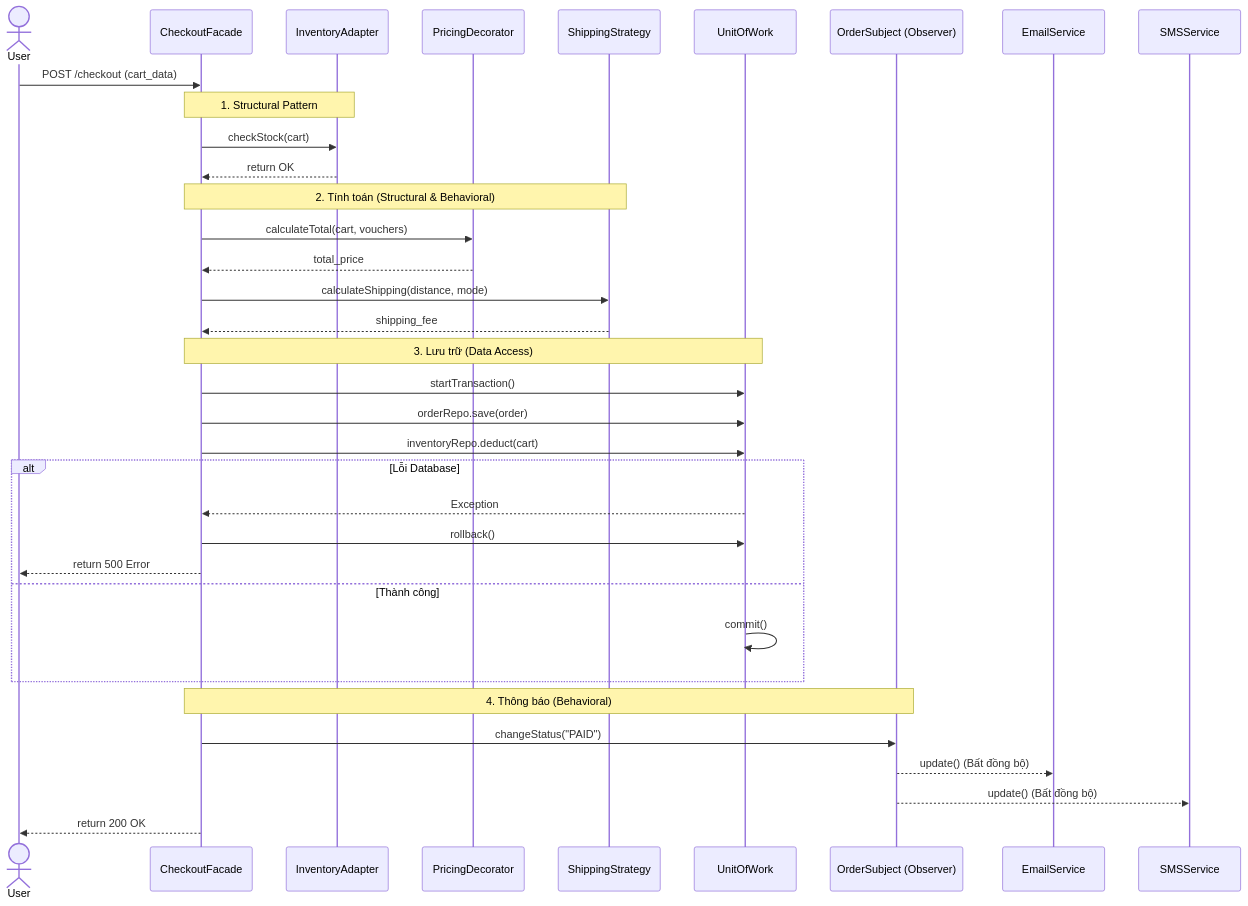
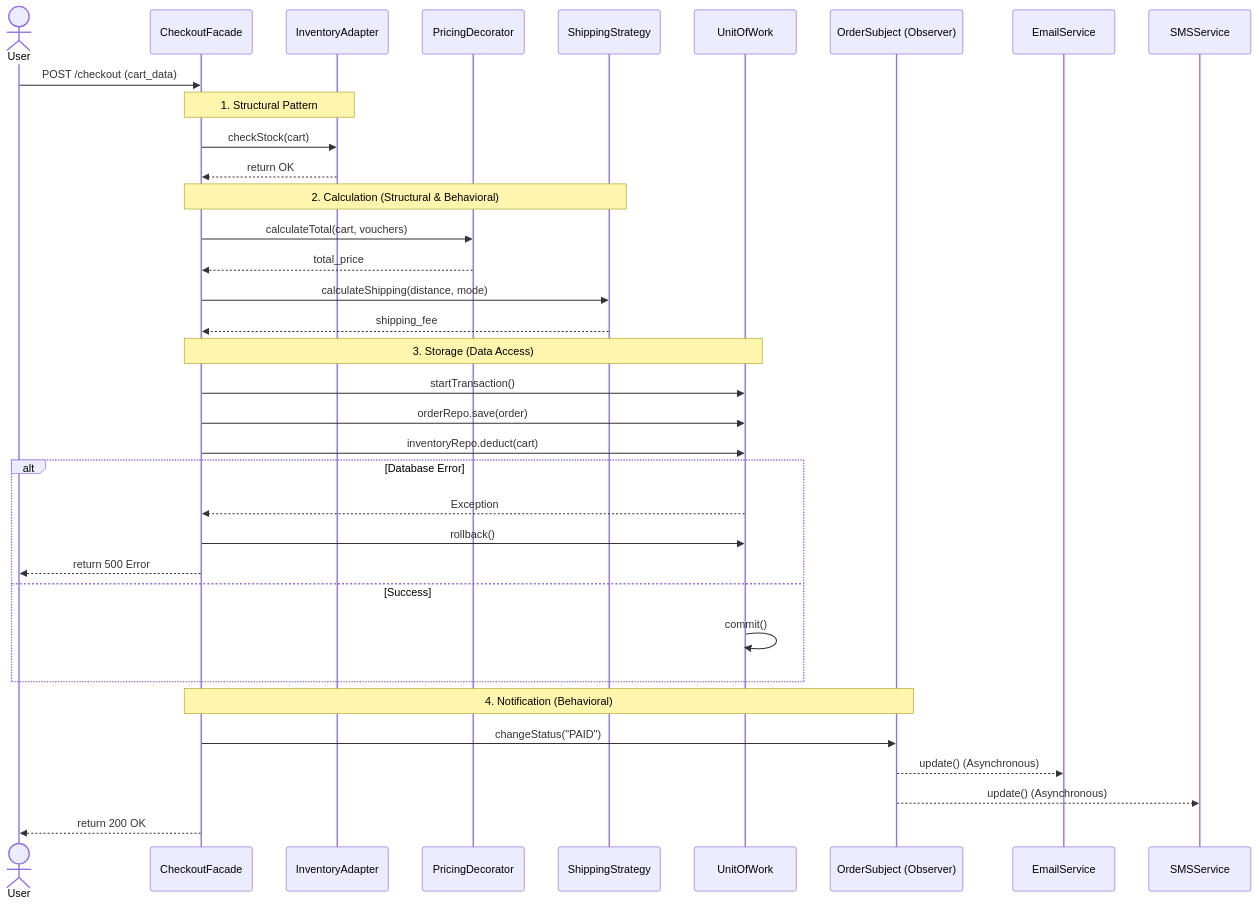
Before and after one commit to ga2631/ga2631.github.io: the diagram in src/data/blog/en/90-2026-09-17-design-pattern-16-2-design-patterns-series-finale-architecture.md, drawn with Mermaid. The commit also changed other lines of this file and 74 other files, not shown here.

````diff
--- a/src/data/blog/en/90-2026-09-17-design-pattern-16-2-design-patterns-series-finale-architecture.md
+++ b/src/data/blog/en/90-2026-09-17-design-pattern-16-2-design-patterns-series-finale-architecture.md
@@ -21,42 +21,42 @@
 ```mermaid
 sequenceDiagram
     actor User
     participant Facade as CheckoutFacade
     participant Adapter as InventoryAdapter
     participant Decorator as PricingDecorator
     participant Strategy as ShippingStrategy
     participant UoW as UnitOfWork
     participant Observer as OrderSubject (Observer)
 
     User->>Facade: POST /checkout (cart_data)
 
     note over Facade,Adapter: 1. Structural Pattern
     Facade->>Adapter: checkStock(cart)
     Adapter-->>Facade: return OK
 
-    note over Facade,Strategy: 2. Tính toán (Structural & Behavioral)
+    note over Facade,Strategy: 2. Calculation (Structural & Behavioral)
     Facade->>Decorator: calculateTotal(cart, vouchers)
     Decorator-->>Facade: total_price
     Facade->>Strategy: calculateShipping(distance, mode)
     Strategy-->>Facade: shipping_fee
 
-    note over Facade,UoW: 3. Lưu trữ (Data Access)
+    note over Facade,UoW: 3. Storage (Data Access)
     Facade->>UoW: startTransaction()
     Facade->>UoW: orderRepo.save(order)
     Facade->>UoW: inventoryRepo.deduct(cart)
 
-    alt Lỗi Database
+    alt Database Error
         UoW-->>Facade: Exception
         Facade->>UoW: rollback()
         Facade-->>User: return 500 Error
-    else Thành công
+    else Success
         UoW->>UoW: commit()
     end
 
-    note over Facade,Observer: 4. Thông báo (Behavioral)
+    note over Facade,Observer: 4. Notification (Behavioral)
     Facade->>Observer: changeStatus("PAID")
-    Observer-->>EmailService: update() (Bất đồng bộ)
-    Observer-->>SMSService: update() (Bất đồng bộ)
+    Observer-->>EmailService: update() (Asynchronous)
+    Observer-->>SMSService: update() (Asynchronous)
 
     Facade-->>User: return 200 OK
 ```
````
